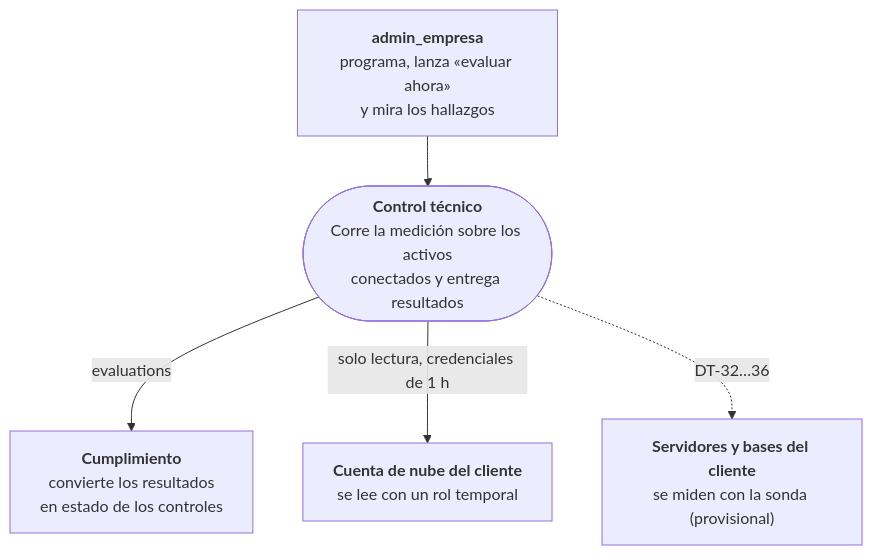
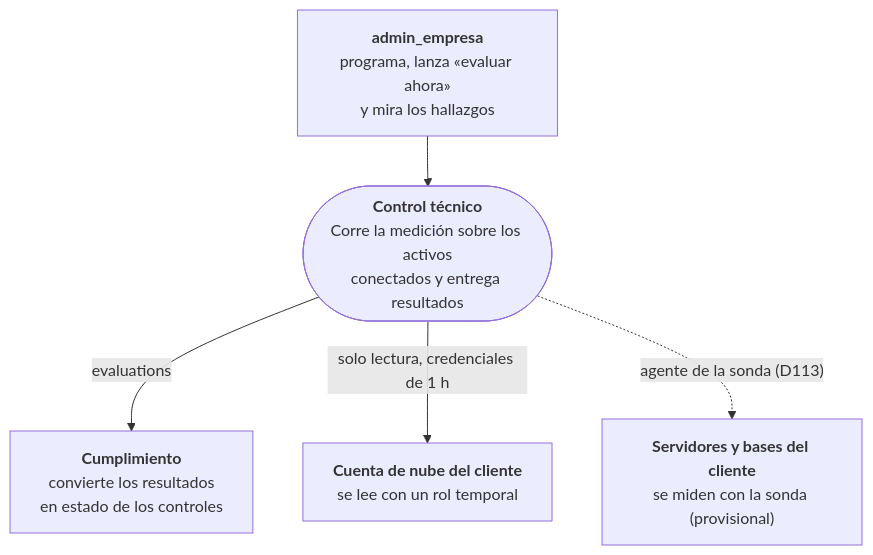
Before and after one commit to Monkey-GRC/Monkey-Brain-IA: the first of 3 diagrams in skills/product/monkey-compliance-council/references/arquitectura/control-tecnico/01-c4.md, drawn with Mermaid. The commit also changed other lines of this file and 168 other files, not shown here.

Commit message:
docs(brain): user stories and use cases with UML for all 13 modules, Jira epics MD-316..MD-324, branded PDF export, stories only from decided items, D113 approved, closed DT-1/9/10/25/32/33/34/35/57, SEG-45/60/71 done and SEG-59 reopened, contracts and module docs aligned with the code (MD-246)

````diff
--- a/skills/product/monkey-compliance-council/references/arquitectura/control-tecnico/01-c4.md
+++ b/skills/product/monkey-compliance-council/references/arquitectura/control-tecnico/01-c4.md
@@ -8,12 +8,12 @@
 ```mermaid
 flowchart TB
     admin["<b>admin_empresa</b><br/>programa, lanza «evaluar ahora»<br/>y mira los hallazgos"]
     sis(["<b>Control técnico</b><br/>Corre la medición sobre los activos<br/>conectados y entrega resultados"])
     cumpl["<b>Cumplimiento</b><br/>convierte los resultados<br/>en estado de los controles"]
     nube["<b>Cuenta de nube del cliente</b><br/>se lee con un rol temporal"]
     serv["<b>Servidores y bases del cliente</b><br/>se miden con la sonda (provisional)"]
     admin --> sis
     sis -- "evaluations" --> cumpl
     sis -- "solo lectura, credenciales de 1 h" --> nube
-    sis -. "DT-32…36" .-> serv
+    sis -. "agente de la sonda (D113)" .-> serv
 ```
````
